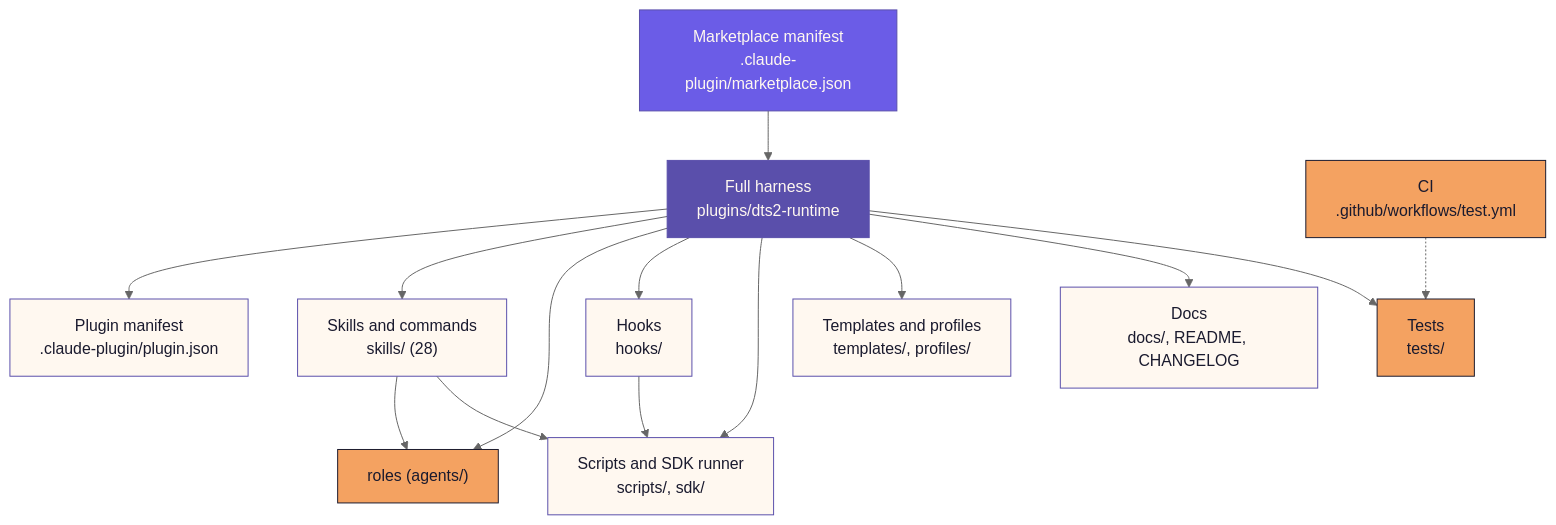
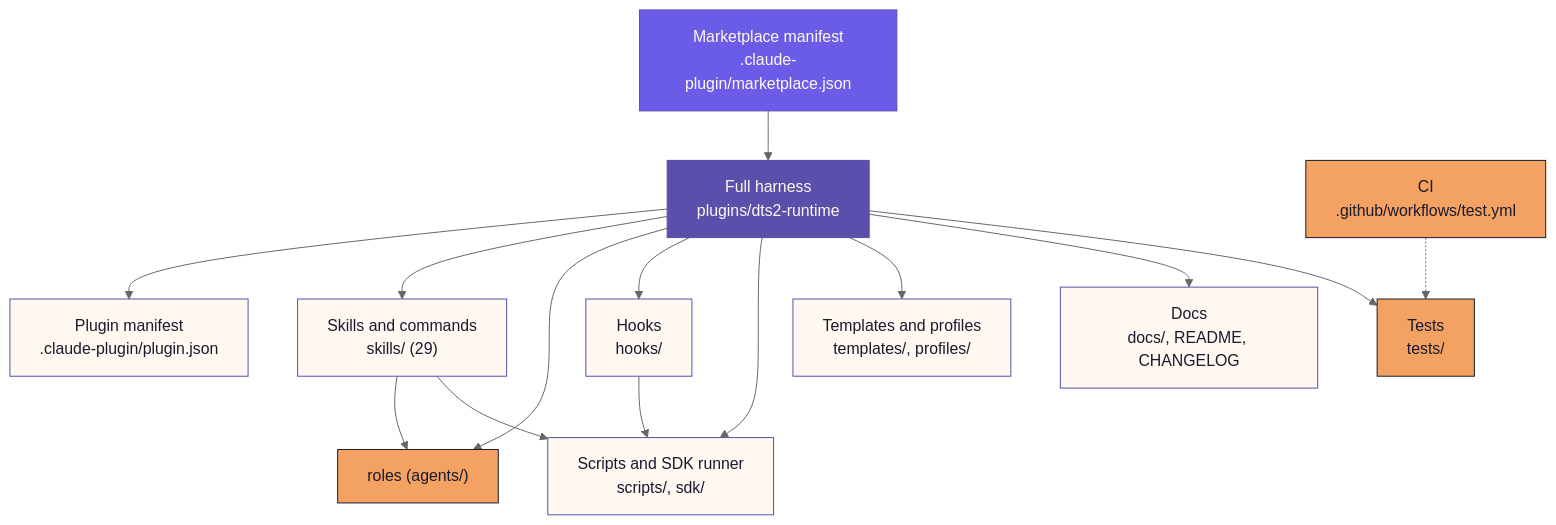
The diagram in README.md (Dobeu-tech-eco/dts2-marketplace), drawn with Mermaid (neutral theme) before and after one commit. The commit also changed other lines of this file and 47 other files, not shown here.

````diff
--- a/README.md
+++ b/README.md
@@ -75,25 +75,25 @@
 ```mermaid
 flowchart TD
     M["Marketplace manifest<br/>.claude-plugin/marketplace.json"] --> P["Full harness<br/>plugins/dts2-runtime"]
     P --> PJ["Plugin manifest<br/>.claude-plugin/plugin.json"]
-    P --> SK["Skills and commands<br/>skills/ (28)"]
+    P --> SK["Skills and commands<br/>skills/ (29)"]
     P --> AG["roles (agents/)"]
     P --> HK["Hooks<br/>hooks/"]
     P --> SC["Scripts and SDK runner<br/>scripts/, sdk/"]
     P --> TP["Templates and profiles<br/>templates/, profiles/"]
     P --> DC["Docs<br/>docs/, README, CHANGELOG"]
     P --> TS["Tests<br/>tests/"]
     CI["CI<br/>.github/workflows/test.yml"] -.-> TS
     SK --> AG
     SK --> SC
     HK --> SC
 
     classDef brand fill:#6B5CE7,stroke:#5A4FAB,color:#FFF8F0
     classDef plugin fill:#5A4FAB,stroke:#5A4FAB,color:#FFF8F0
     classDef part fill:#FFF8F0,stroke:#5A4FAB,color:#1A1A2E
     classDef accent fill:#F4A261,stroke:#1A1A2E,color:#1A1A2E
     class M brand
     class P plugin
     class PJ,SK,HK,SC,TP,DC part
     class AG,TS,CI accent
 ```
````
